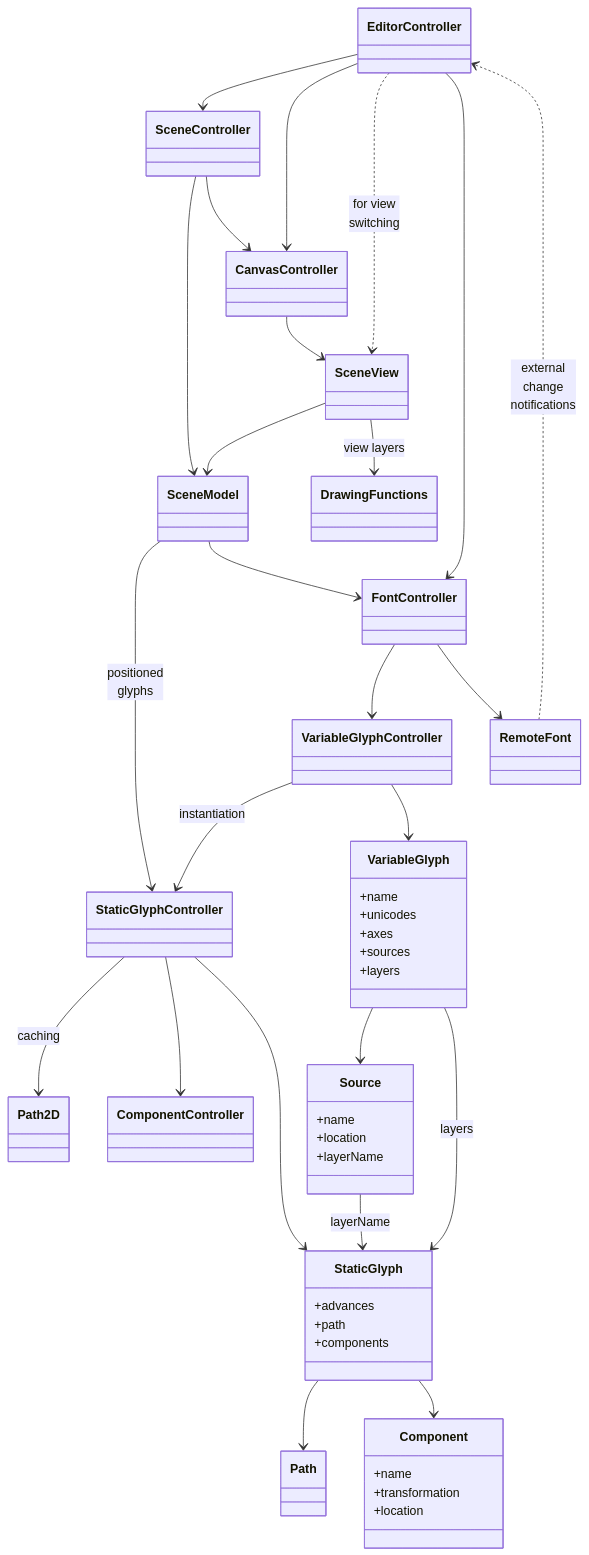
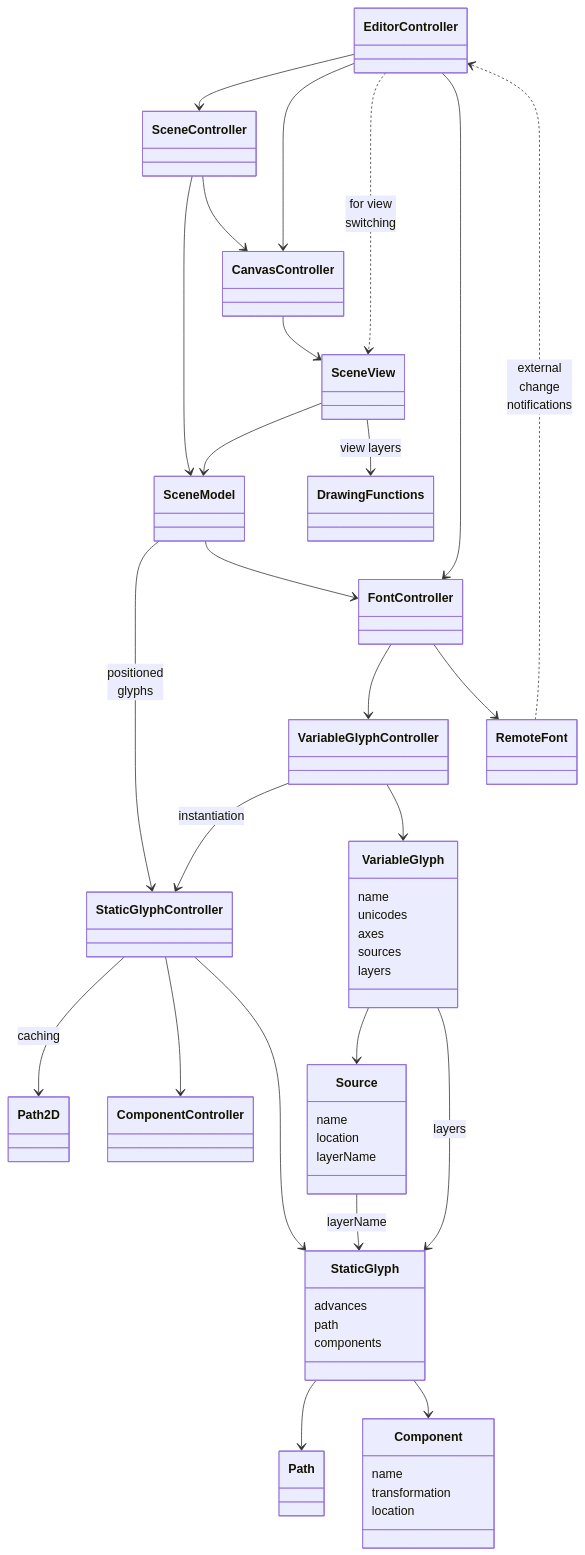
One commit to googlefonts/fontra changed the diagram in docs/client-classes.md. Above: the diagram before and after it, drawn with Mermaid.

Commit message:
Remove "+" visibility qualifiers

````diff
--- a/docs/client-classes.md
+++ b/docs/client-classes.md
@@ -3,62 +3,62 @@
 ```mermaid
 classDiagram
 class VariableGlyph {
-  +name
-  +unicodes
-  +axes
-  +sources
-  +layers
+  name
+  unicodes
+  axes
+  sources
+  layers
 }
 
 class Source {
-  +name
-  +location
-  +layerName
+  name
+  location
+  layerName
 }
 
 class StaticGlyph {
-  +advances
-  +path
-  +components
+  advances
+  path
+  components
 }
 
 class Component {
-  +name
-  +transformation
-  +location
+  name
+  transformation
+  location
 }
 EditorController-->SceneController
 EditorController-->CanvasController
 EditorController..>SceneView : for view<br>switching
 EditorController-->FontController
 
 CanvasController-->SceneView
 
 SceneController-->SceneModel
 SceneController-->CanvasController
 
 SceneView-->SceneModel
 SceneView-->DrawingFunctions : view layers
 
 SceneModel-->StaticGlyphController : positioned<br>glyphs
 SceneModel-->FontController
 
 FontController-->VariableGlyphController
 FontController-->RemoteFont
 
 VariableGlyphController-->StaticGlyphController : instantiation
 VariableGlyphController-->VariableGlyph
 
 VariableGlyph-->Source
 VariableGlyph-->StaticGlyph : layers
 Source-->StaticGlyph : layerName
 StaticGlyphController-->Path2D : caching
 StaticGlyphController-->ComponentController
 StaticGlyphController-->StaticGlyph
 
 
 StaticGlyph-->Path
 StaticGlyph-->Component
 
 RemoteFont..>EditorController : external<br>change<br>notifications
 ```
````
